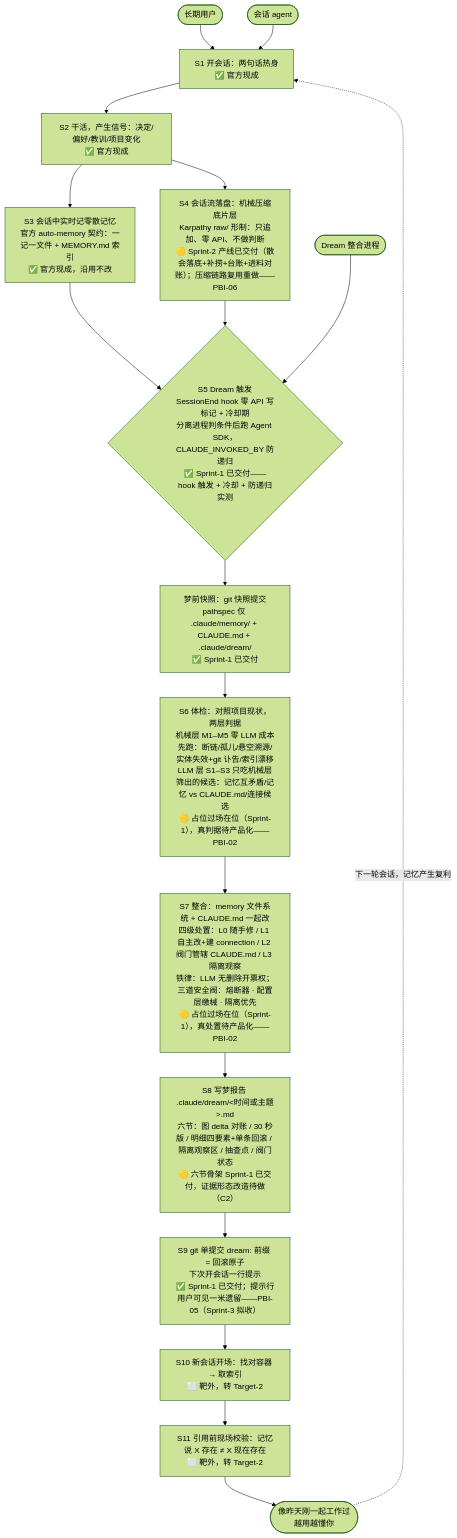
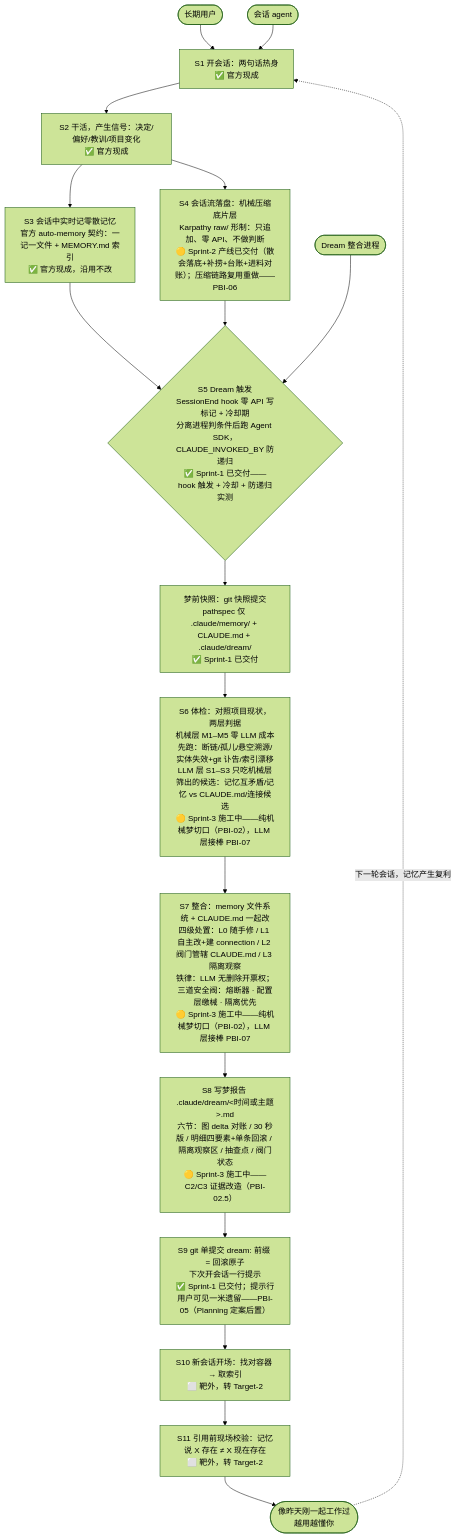
Before and after one commit to seapawn1/ClaudeDream: the diagram in scrum/ProductBacklog.md, drawn with Mermaid (forest theme). The commit also changed other lines of this file and 4 other files, not shown here.

Commit message:
scrum: Sprint-3 Planning——PBI-02 纯机械梦主菜定案 + PBI-07 拆立 + SprintBacklog 建档

````diff
--- a/scrum/ProductBacklog.md
+++ b/scrum/ProductBacklog.md
@@ -67,20 +68,20 @@
 ```mermaid
 flowchart TD
     User([长期用户]) --> S1
     Agent([会话 agent]) --> S1
     S1["S1 开会话：两句话热身<br/>✅ 官方现成"] --> S2["S2 干活，产生信号：决定/偏好/教训/项目变化<br/>✅ 官方现成"]
     S2 --> S3["S3 会话中实时记零散记忆<br/>官方 auto-memory 契约：一记一文件 + MEMORY.md 索引<br/>✅ 官方现成，沿用不改"]
     S2 --> S4["S4 会话流落盘：机械压缩底片层<br/>Karpathy raw/ 形制：只追加、零 API、不做判断<br/>🟡 Sprint-2 产线已交付（散会落底+补捞+台账+进料对账）；压缩链路复用重做——PBI-06"]
     S3 --> S5
     S4 --> S5{"S5 Dream 触发<br/>SessionEnd hook 零 API 写标记 + 冷却期<br/>分离进程判条件后跑 Agent SDK，CLAUDE_INVOKED_BY 防递归<br/>✅ Sprint-1 已交付——hook 触发 + 冷却 + 防递归实测"}
     Dream([Dream 整合进程]) --> S5
     S5 --> P0["梦前快照：git 快照提交<br/>pathspec 仅 .claude/memory/ + CLAUDE.md + .claude/dream/<br/>✅ Sprint-1 已交付"]
-    P0 --> S6["S6 体检：对照项目现状，两层判据<br/>机械层 M1–M5 零 LLM 成本先跑：断链/孤儿/悬空溯源/实体失效+git 讣告/索引漂移<br/>LLM 层 S1–S3 只吃机械层筛出的候选：记忆互矛盾/记忆 vs CLAUDE.md/连接候选<br/>🟡 占位过场在位（Sprint-1），真判据待产品化——PBI-02"]
-    S6 --> S7["S7 整合：memory 文件系统 + CLAUDE.md 一起改<br/>四级处置：L0 随手修 / L1 自主改+建 connection / L2 阀门管辖 CLAUDE.md / L3 隔离观察<br/>铁律：LLM 无删除开票权；三道安全阀：熔断器 · 配置层缴械 · 隔离优先<br/>🟡 占位过场在位（Sprint-1），真处置待产品化——PBI-02"]
-    S7 --> S8["S8 写梦报告 .claude/dream/&lt;时间或主题&gt;.md<br/>六节：图 delta 对账 / 30 秒版 / 明细四要素+单条回滚 / 隔离观察区 / 抽查点 / 阀门状态<br/>🟡 六节骨架 Sprint-1 已交付，证据形态改造待做（C2）"]
-    S8 --> S9["S9 git 单提交 dream: 前缀 = 回滚原子<br/>下次开会话一行提示<br/>✅ Sprint-1 已交付；提示行用户可见一米遗留——PBI-05（Sprint-3 拟收）"]
+    P0 --> S6["S6 体检：对照项目现状，两层判据<br/>机械层 M1–M5 零 LLM 成本先跑：断链/孤儿/悬空溯源/实体失效+git 讣告/索引漂移<br/>LLM 层 S1–S3 只吃机械层筛出的候选：记忆互矛盾/记忆 vs CLAUDE.md/连接候选<br/>🟡 Sprint-3 施工中——纯机械梦切口（PBI-02），LLM 层接棒 PBI-07"]
+    S6 --> S7["S7 整合：memory 文件系统 + CLAUDE.md 一起改<br/>四级处置：L0 随手修 / L1 自主改+建 connection / L2 阀门管辖 CLAUDE.md / L3 隔离观察<br/>铁律：LLM 无删除开票权；三道安全阀：熔断器 · 配置层缴械 · 隔离优先<br/>🟡 Sprint-3 施工中——纯机械梦切口（PBI-02），LLM 层接棒 PBI-07"]
+    S7 --> S8["S8 写梦报告 .claude/dream/<时间或主题>.md<br/>六节：图 delta 对账 / 30 秒版 / 明细四要素+单条回滚 / 隔离观察区 / 抽查点 / 阀门状态<br/>🟡 Sprint-3 施工中——C2/C3 证据改造（PBI-02.5）"]
+    S8 --> S9["S9 git 单提交 dream: 前缀 = 回滚原子<br/>下次开会话一行提示<br/>✅ Sprint-1 已交付；提示行用户可见一米遗留——PBI-05（Planning 定案后置）"]
     S9 --> S10["S10 新会话开场：找对容器 → 取索引<br/>⬜ 靶外，转 Target-2"]
     S10 --> S11["S11 引用前现场校验：记忆说 X 存在 ≠ X 现在存在<br/>⬜ 靶外，转 Target-2"]
     S11 --> END([像昨天刚一起工作过<br/>越用越懂你])
     END -.->|下一轮会话，记忆产生复利| S1
 ```
````
